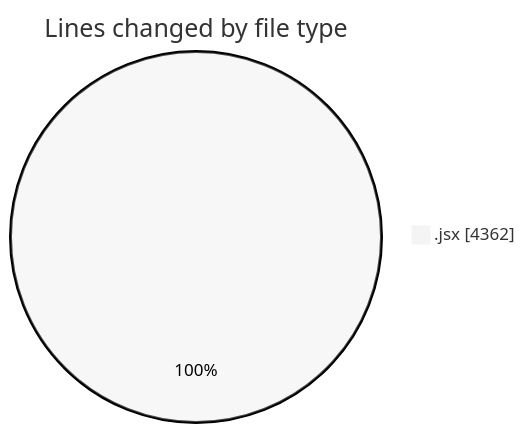
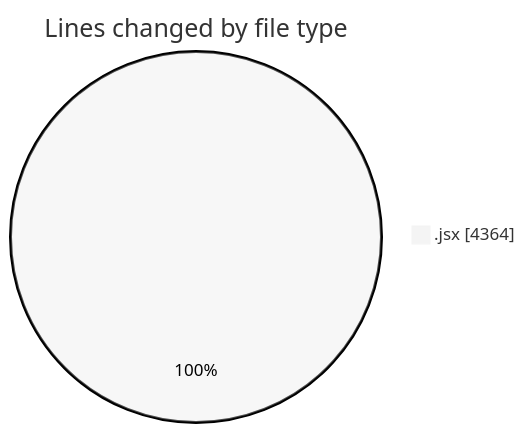
One commit to nxtqubesakshisongat/code-tracking changed the first of 2 diagrams in 2025-05-13/argos-dev/README.md. Above: the diagram before and after it, drawn with Mermaid (neutral theme). The commit also changed other lines of this file and 1 other file, not shown here.

````diff
--- a/2025-05-13/argos-dev/README.md
+++ b/2025-05-13/argos-dev/README.md
@@ -26,5 +26,5 @@
 ```mermaid
 pie showData
 title Lines changed by file type
-".jsx" : 4362
+".jsx" : 4364
 ```
````
